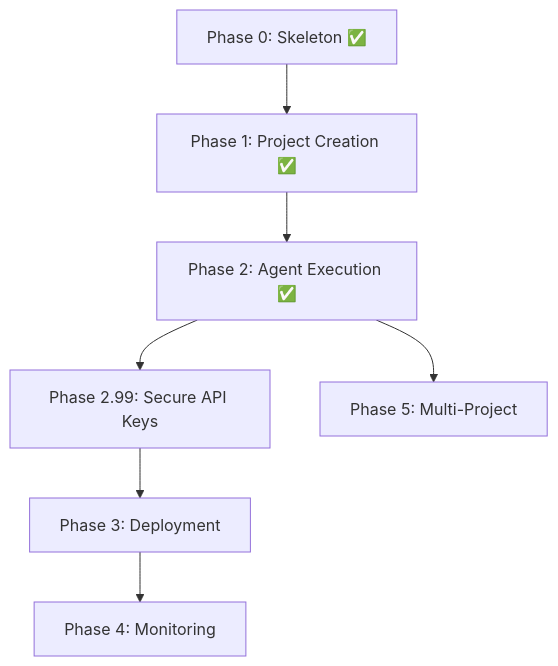
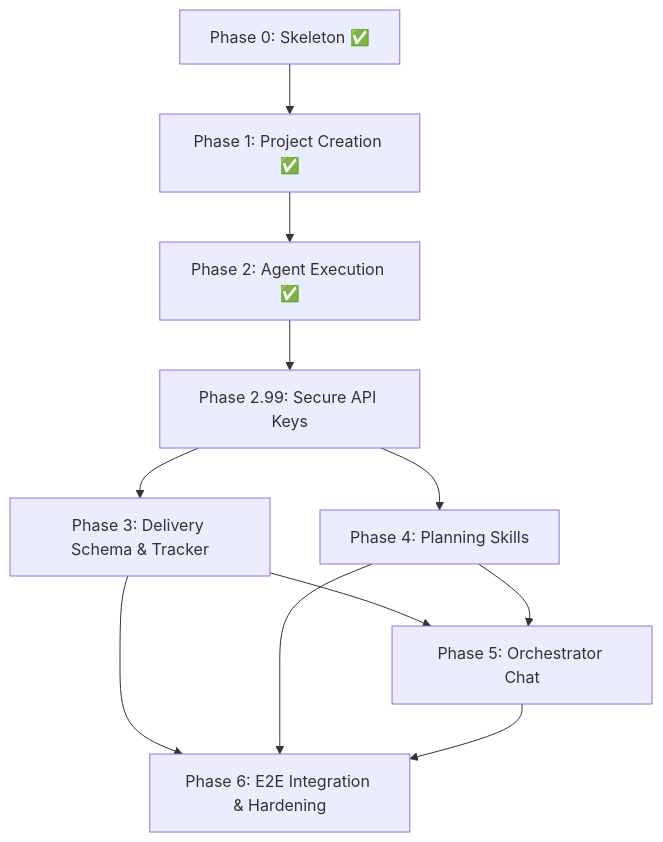
Before and after one commit to operator-auteng-ai/hq: the diagram in docs/PLAN.md, drawn with Mermaid. The commit also changed other lines of this file and 4 other files, not shown here.

First line of the commit message:
docs: add delivery schema detailed design, update TAXONOMY, refine methodology docs

````diff
--- a/docs/PLAN.md
+++ b/docs/PLAN.md
@@ -435,9 +433,13 @@
 ```mermaid
 graph TD
     P0["Phase 0: Skeleton ✅"] --> P1["Phase 1: Project Creation ✅"]
     P1 --> P2["Phase 2: Agent Execution ✅"]
     P2 --> P299["Phase 2.99: Secure API Keys"]
-    P299 --> P3["Phase 3: Deployment"]
-    P3 --> P4["Phase 4: Monitoring"]
-    P2 --> P5["Phase 5: Multi-Project"]
+    P299 --> P3["Phase 3: Delivery Schema & Tracker"]
+    P299 --> P4["Phase 4: Planning Skills"]
+    P3 --> P5["Phase 5: Orchestrator Chat"]
+    P4 --> P5
+    P3 --> P6["Phase 6: E2E Integration & Hardening"]
+    P4 --> P6
+    P5 --> P6
 ```
````
